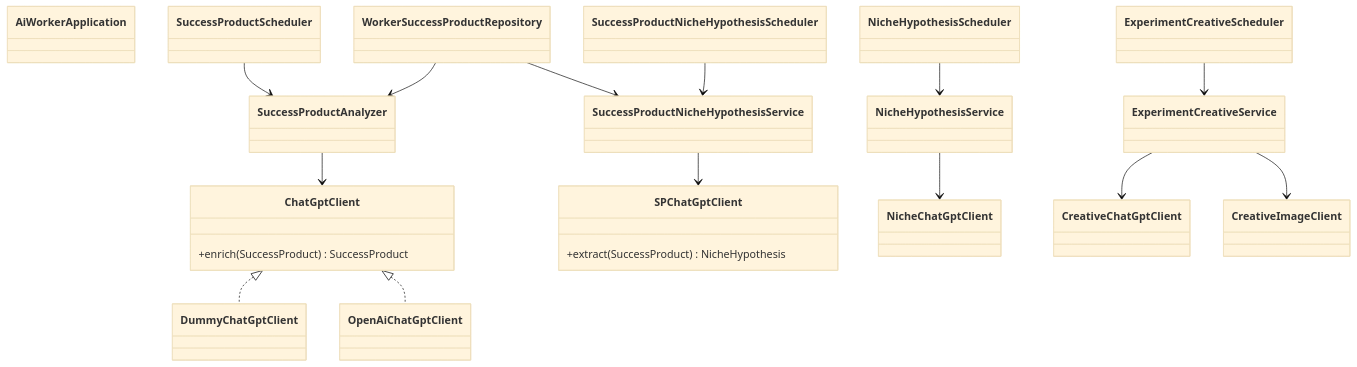
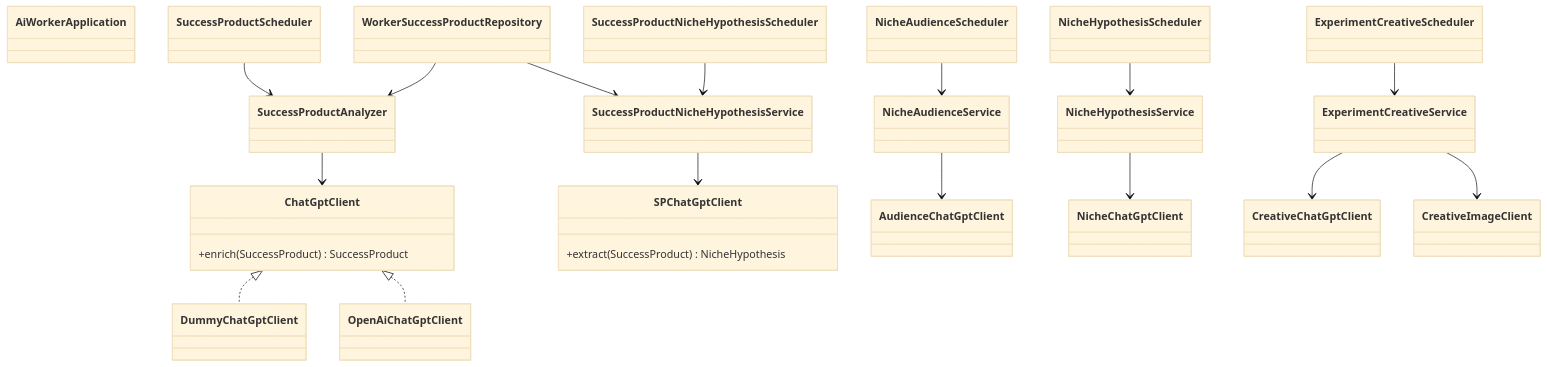
Before and after one commit to paulofor/marketing-hub: the diagram in docs/ai-worker/class-diagram.md, drawn with Mermaid (base theme). The commit also changed 14 other files, not shown here.

````diff
--- a/docs/ai-worker/class-diagram.md
+++ b/docs/ai-worker/class-diagram.md
@@ -3,34 +3,39 @@
 ```mermaid
 classDiagram
     class AiWorkerApplication
     class SuccessProductAnalyzer
     class SuccessProductScheduler
     class ChatGptClient {
         +enrich(SuccessProduct) SuccessProduct
     }
     ChatGptClient <|.. DummyChatGptClient
     ChatGptClient <|.. OpenAiChatGptClient
     SuccessProductAnalyzer --> ChatGptClient
     WorkerSuccessProductRepository --> SuccessProductAnalyzer
     SuccessProductScheduler --> SuccessProductAnalyzer
 
     class SuccessProductNicheHypothesisService
     class SuccessProductNicheHypothesisScheduler
     class SPChatGptClient {
         +extract(SuccessProduct) NicheHypothesis
     }
     SuccessProductNicheHypothesisService --> SPChatGptClient
     WorkerSuccessProductRepository --> SuccessProductNicheHypothesisService
     SuccessProductNicheHypothesisScheduler --> SuccessProductNicheHypothesisService
 
     class NicheHypothesisService
     class NicheHypothesisScheduler
     class ExperimentCreativeService
     class ExperimentCreativeScheduler
+    class NicheAudienceService
+    class NicheAudienceScheduler
+    class AudienceChatGptClient
 
     NicheHypothesisScheduler --> NicheHypothesisService
     ExperimentCreativeScheduler --> ExperimentCreativeService
     NicheHypothesisService --> NicheChatGptClient
     ExperimentCreativeService --> CreativeChatGptClient
     ExperimentCreativeService --> CreativeImageClient
+    NicheAudienceScheduler --> NicheAudienceService
+    NicheAudienceService --> AudienceChatGptClient
 ```
````
